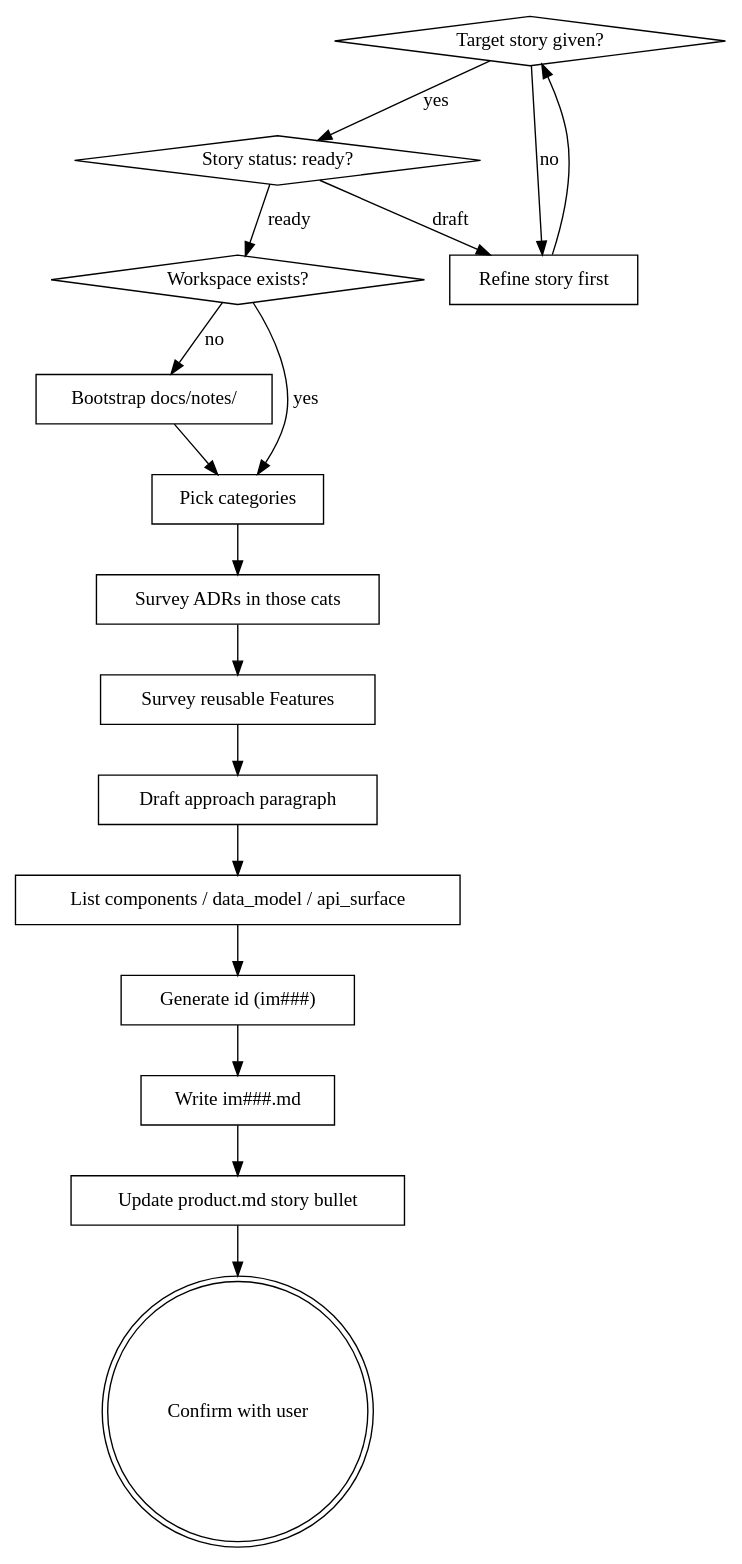
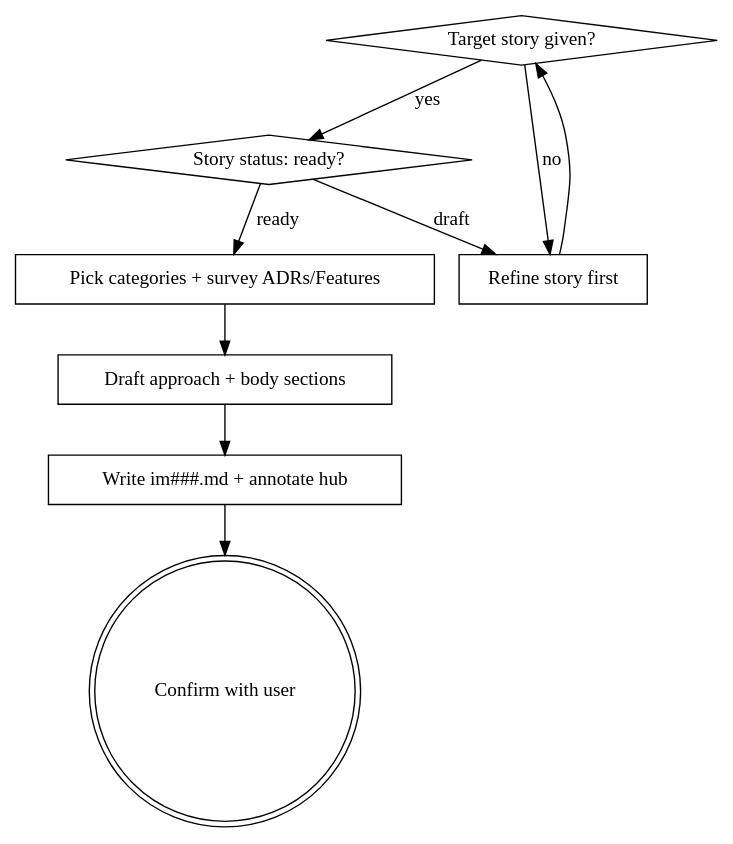
One commit to b3tchi/dotfiles changed the diagram in claude/marketplace/plugins/infinifu/skills/implementation-write/SKILL.md. Above: the diagram before and after it, drawn with Graphviz. The commit also changed other lines of this file and 9 other files, not shown here.

````diff
--- a/claude/marketplace/plugins/infinifu/skills/implementation-write/SKILL.md
+++ b/claude/marketplace/plugins/infinifu/skills/implementation-write/SKILL.md
@@ -65,35 +59,20 @@
 ```dot
 digraph implementation_write {
     "Target story given?" [shape=diamond];
     "Story status: ready?" [shape=diamond];
     "Refine story first" [shape=box];
-    "Workspace exists?" [shape=diamond];
-    "Bootstrap docs/notes/" [shape=box];
-    "Pick categories" [shape=box];
-    "Survey ADRs in those cats" [shape=box];
-    "Survey reusable Features" [shape=box];
-    "Draft approach paragraph" [shape=box];
-    "List components / data_model / api_surface" [shape=box];
-    "Generate id (im###)" [shape=box];
-    "Write im###.md" [shape=box];
-    "Update product.md story bullet" [shape=box];
+    "Pick categories + survey ADRs/Features" [shape=box];
+    "Draft approach + body sections" [shape=box];
+    "Write im###.md + annotate hub" [shape=box];
     "Confirm with user" [shape=doublecircle];
 
     "Target story given?" -> "Refine story first" [label="no"];
     "Refine story first" -> "Target story given?";
     "Target story given?" -> "Story status: ready?" [label="yes"];
     "Story status: ready?" -> "Refine story first" [label="draft"];
-    "Story status: ready?" -> "Workspace exists?" [label="ready"];
-    "Workspace exists?" -> "Bootstrap docs/notes/" [label="no"];
-    "Workspace exists?" -> "Pick categories" [label="yes"];
-    "Bootstrap docs/notes/" -> "Pick categories";
-    "Pick categories" -> "Survey ADRs in those cats";
-    "Survey ADRs in those cats" -> "Survey reusable Features";
-    "Survey reusable Features" -> "Draft approach paragraph";
-    "Draft approach paragraph" -> "List components / data_model / api_surface";
-    "List components / data_model / api_surface" -> "Generate id (im###)";
-    "Generate id (im###)" -> "Write im###.md";
-    "Write im###.md" -> "Update product.md story bullet";
-    "Update product.md story bullet" -> "Confirm with user";
+    "Story status: ready?" -> "Pick categories + survey ADRs/Features" [label="ready"];
+    "Pick categories + survey ADRs/Features" -> "Draft approach + body sections";
+    "Draft approach + body sections" -> "Write im###.md + annotate hub";
+    "Write im###.md + annotate hub" -> "Confirm with user";
 }
 ```
````
